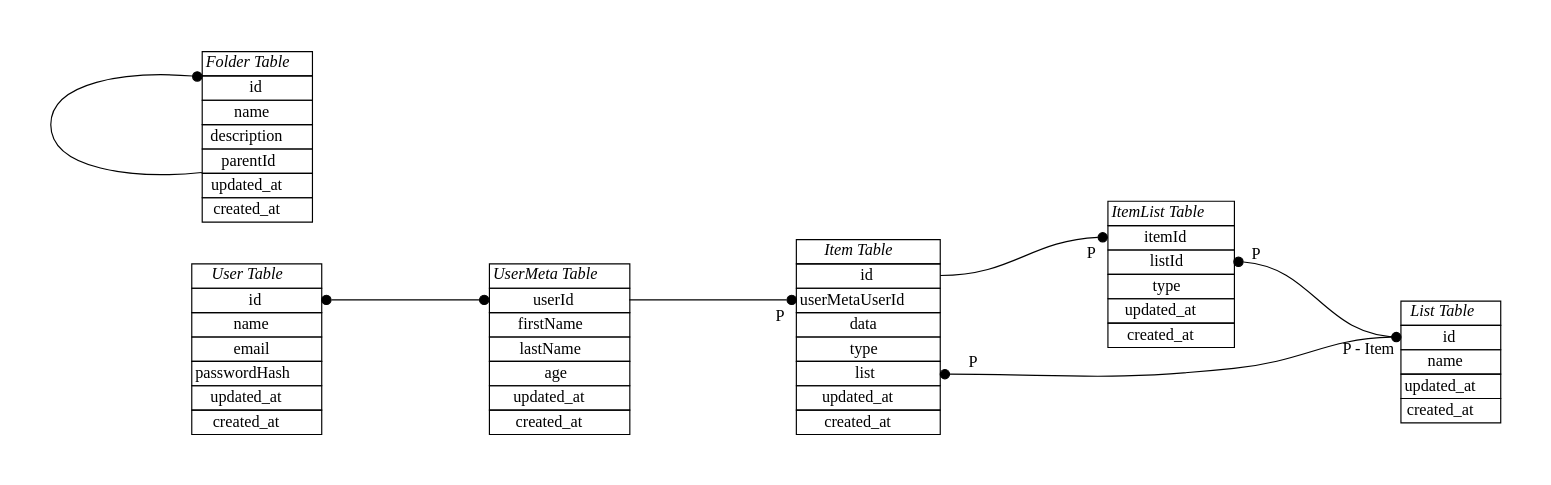
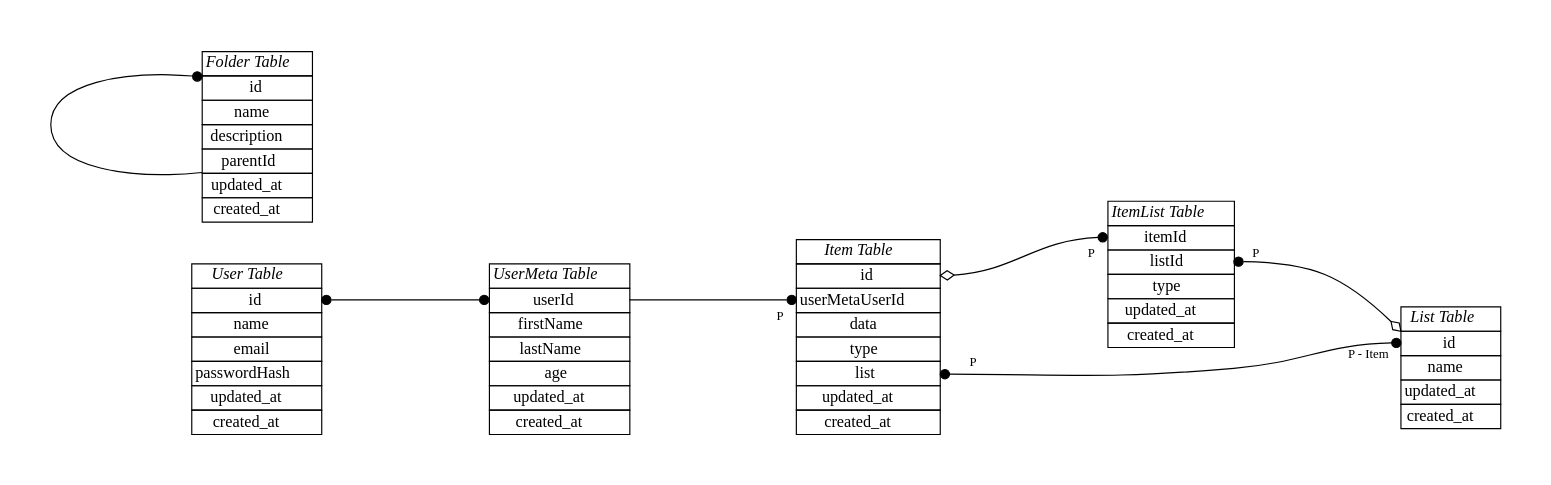
Before and after one commit to RyotaBannai/graphviz: the diagram in apparatus-erd/tables.gv, drawn with Graphviz. The commit also changed 1 other file, not shown here.

```diff
--- a/apparatus-erd/tables.gv
+++ b/apparatus-erd/tables.gv
@@ -1,83 +1,84 @@
 digraph ERD {
     graph [pad="0.5", nodesep="0.5", ranksep="2"];
-    node [shape=plain]
+    node [shape=plain, colorscheme=paired12]
+    edge [colorscheme=paired12, fontsize=11, fontname="Arial narrow"];
     rankdir=LR;
 
 
 User [label=<
 <table border="0" cellborder="1" cellspacing="0">
   <tr><td><i>User Table</i></td></tr>
   <tr><td port="1">id</td></tr>
   <tr><td port="2">name</td></tr>
   <tr><td port="3">email</td></tr>
   <tr><td port="4">passwordHash</td></tr>
   <tr><td port="5">updated_at</td></tr>
   <tr><td port="6">created_at</td></tr>
 </table>>];
 
 
 UserMeta [label=<
 <table border="0" cellborder="1" cellspacing="0">
   <tr><td><i>UserMeta Table</i></td></tr>
   <tr><td port="7">userId</td></tr>
   <tr><td port="8">firstName</td></tr>
   <tr><td port="9">lastName</td></tr>
   <tr><td port="10">age</td></tr>
   <tr><td port="11">updated_at</td></tr>
   <tr><td port="12">created_at</td></tr>
 </table>>];
 
 
 List[label=<
 <table border="0" cellborder="1" cellspacing="0">
   <tr><td><i>List Table</i></td></tr>
   <tr><td port="0">id</td></tr>
   <tr><td port="1">name</td></tr>
   <tr><td port="2">updated_at</td></tr>
   <tr><td port="3">created_at</td></tr>
 </table>>];
 
 ItemList [label=<
 <table border="0" cellborder="1" cellspacing="0">
   <tr><td><i>ItemList Table</i></td></tr>
   <tr><td port="a">itemId</td></tr>
   <tr><td port="b">listId</td></tr>
   <tr><td port="c">type</td></tr>
   <tr><td port="d">updated_at</td></tr>
   <tr><td port="e">created_at</td></tr>
 </table>>];
 
 Item [label=<
 <table border="0" cellborder="1" cellspacing="0">
   <tr><td><i>Item Table</i></td></tr>
   <tr><td port="a">id</td></tr>
   <tr><td port="b">userMetaUserId</td></tr>
   <tr><td port="c">data</td></tr>
   <tr><td port="d">type</td></tr>
   <tr><td port="g">list</td></tr>
   <tr><td port="e">updated_at</td></tr>
   <tr><td port="f">created_at</td></tr>
 </table>>];
 
 Folder [label=<
 <table border="0" cellborder="1" cellspacing="0">
   <tr><td><i>Folder Table</i></td></tr>
   <tr><td port="a">id</td></tr>
   <tr><td port="b">name</td></tr>
   <tr><td port="c">description</td></tr>
   <tr><td port="d">parentId</td></tr>
   <tr><td port="e">updated_at</td></tr>
   <tr><td port="f">created_at</td></tr>
 </table>>];
 
 // concentrate=true;
 // use concentrate=true or use option [dir=both]
 User:1 -> UserMeta:7 [dir=both, arrowhead=dot, arrowtail=dot];
 UserMeta:7 -> Item:b [dir=both, arrowhead=dot, arrowtail=none, headlabel = "P", labeldistance=2, labelangle=45];
 
-Item:a -> ItemList:a [dir=both, arrowhead=dot, arrowtail=none, headlabel = "P", labeldistance=2 labelangle=45];
+Item:a -> ItemList:a [dir=both, arrowhead=dot, arrowtail=odiamond, headlabel = "P", labeldistance=2 labelangle=45];
 Item:g -> List:0 [dir=both, arrowhead=dot, arrowtail=dot, headlabel = "P - Item", taillabel = "P", labeldistance=3, labelangle=20];
-ItemList:b -> List:0 [dir=both, arrowhead=none, arrowtail=dot, taillabel = "P", labeldistance=2,  labelangle=20];
+ItemList:b -> List:0:nw [dir=both, arrowhead=odiamond, arrowtail=dot, taillabel = "P", labeldistance=2, labelangle=20];
 
 Folder:a -> Folder:d [dir=both, arrowhead=none, arrowtail=dot];
 }
```
